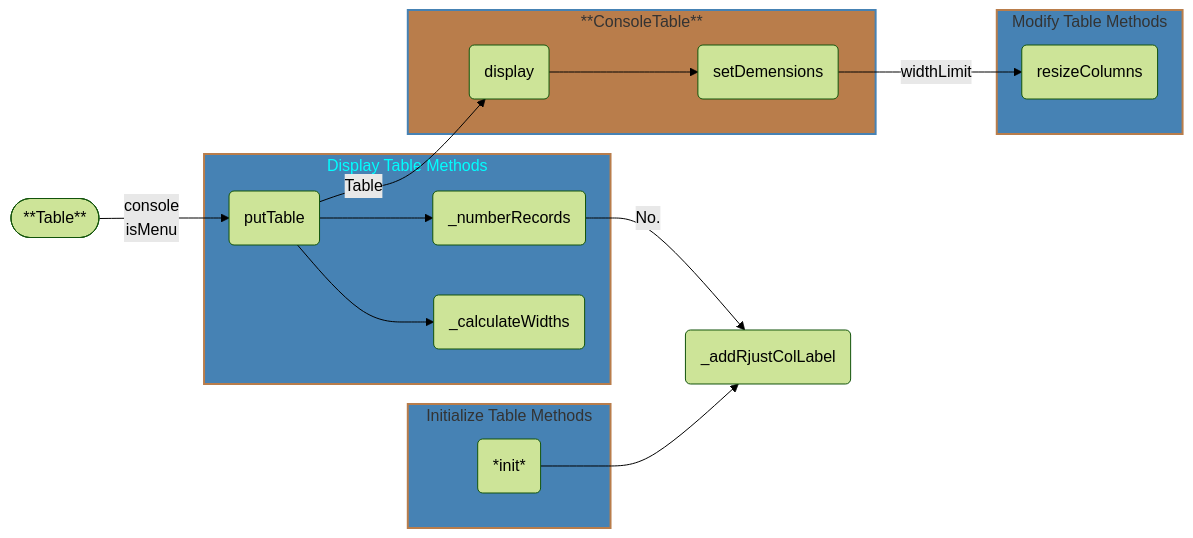
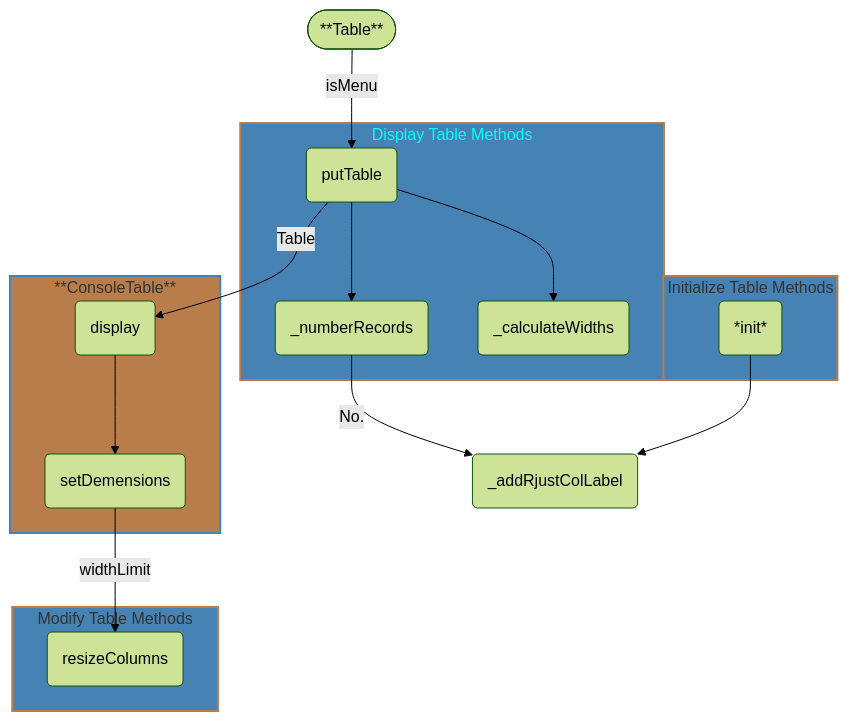
One commit to 7s4e/p3 changed diagram 16 of 20 in pyScripts/docs/table.md. Above: the diagram before and after it, drawn with Mermaid (forest theme). The commit also changed other lines of this file and 7 other files, not shown here.

````diff
--- a/pyScripts/docs/table.md
+++ b/pyScripts/docs/table.md
@@ -519,34 +524,33 @@
 ```mermaid
-graph LR
+graph
     
     TABL([**Table**])
-        TABL -- console
-                isMenu  --> PTBL
+        TABL -- isMenu  --> PTBL
     subgraph i [Initialize Table Methods]
         style i fill:#4682b4,stroke:#b97d4b,stroke-width:2px
         INIT(*init*)
     end
     subgraph d [Display Table Methods]
         style d fill:#4682b4,stroke:#b97d4b,stroke-width:2px,color:#0ff
         PTBL(putTable)
             PTBL --> NUMR
             PTBL --> CALW
         NUMR(_numberRecords)
         CALW(_calculateWidths)
     end
     subgraph C [**ConsoleTable**]
         style C fill:#b97d4b,stroke:#4682b4,stroke-width:2px
         DPLY(display)
             PTBL -- Table --> DPLY
             DPLY --> SDMN
         SDMN(setDemensions)
     end
     subgraph m [Modify Table Methods]
         style m fill:#4682b4,stroke:#b97d4b,stroke-width:2px
         RSZC(resizeColumns)
             SDMN -- widthLimit --> RSZC
     end
     ARJC(_addRjustColLabel)
         INIT        --> ARJC
         NUMR -- No. --> ARJC
 ```
````
